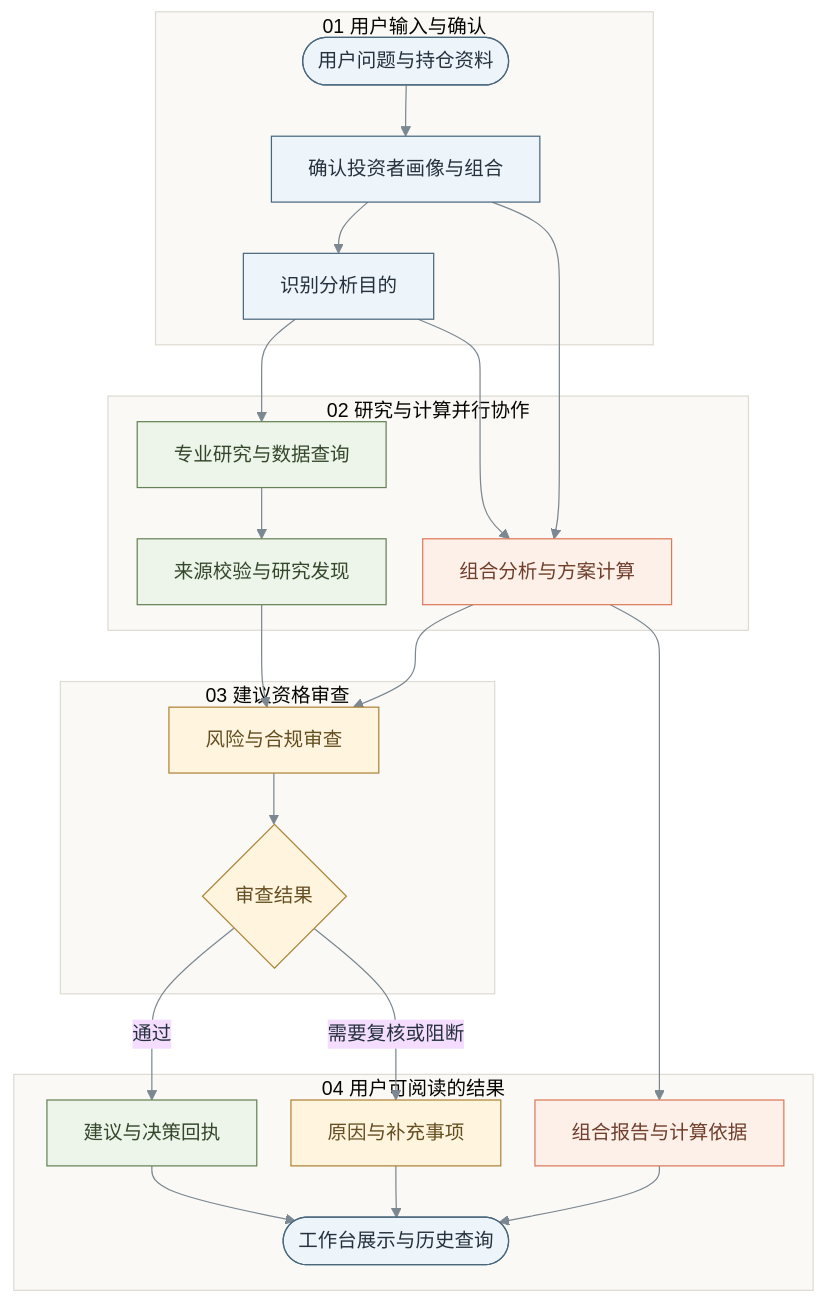
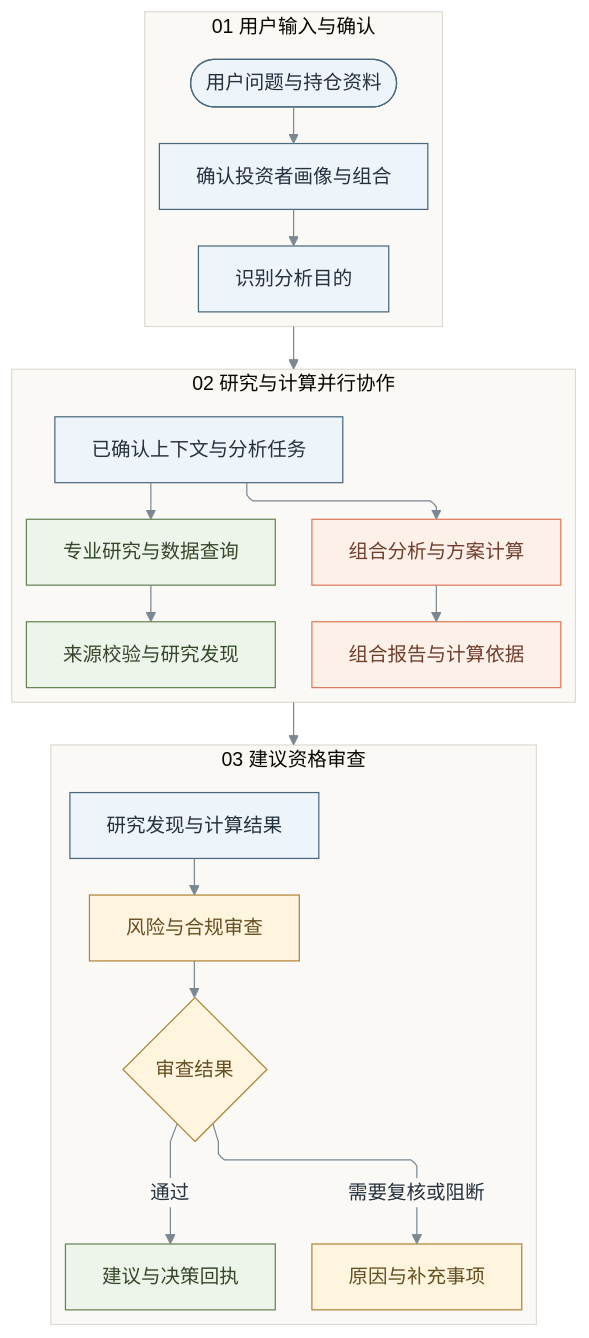
One commit to 1917173927/prism changed the first of 8 diagrams in docs/submission/competition-technical-solution.md. Above: the diagram before and after it, drawn with Mermaid. The commit also changed other lines of this file and 9 other files, not shown here.

Commit message:
docs: 优化技术图的竖向布局与连线

````diff
--- a/docs/submission/competition-technical-solution.md
+++ b/docs/submission/competition-technical-solution.md
@@ -59,35 +64,33 @@
 ```mermaid
-%%{init: {"theme":"base","themeVariables":{"fontFamily":"Microsoft YaHei, sans-serif","primaryTextColor":"#25313d","lineColor":"#7b8791","clusterBkg":"#faf9f6","clusterBorder":"#dedbd2"},"flowchart":{"curve":"basis","nodeSpacing":28,"rankSpacing":42}}}%%
-flowchart TD
+%%{init: {"theme":"base","themeVariables":{"fontFamily":"Microsoft YaHei, sans-serif","primaryTextColor":"#25313d","lineColor":"#7b8791","edgeLabelBackground":"#faf9f6","clusterBkg":"#faf9f6","clusterBorder":"#dedbd2"},"flowchart":{"curve":"linear","nodeSpacing":36,"rankSpacing":48}}}%%
+flowchart-elk TD
     subgraph INPUT[01 用户输入与确认]
+    direction TB
     A([用户问题与持仓资料]) --> B[确认投资者画像与组合]
     B --> C[识别分析目的]
     end
     subgraph ANALYSIS[02 研究与计算并行协作]
-    C --> D[专业研究与数据查询]
-    C --> E[组合分析与方案计算]
+    direction TB
+    M[已确认上下文与分析任务] --> D[专业研究与数据查询]
+    M --> E[组合分析与方案计算]
     D --> F[来源校验与研究发现]
-    B --> E
+    E --> K[组合报告与计算依据]
     end
     subgraph REVIEW[03 建议资格审查]
-    F --> G[风险与合规审查]
-    E --> G
-    G --> H{审查结果}
-    end
-    subgraph OUTPUT[04 用户可阅读的结果]
+    direction TB
+    G[研究发现与计算结果] --> N[风险与合规审查]
+    N --> H{审查结果}
     H -->|通过| I[建议与决策回执]
     H -->|需要复核或阻断| J[原因与补充事项]
-    E --> K[组合报告与计算依据]
-    I --> L([工作台展示与历史查询])
-    J --> L
-    K --> L
     end
+    INPUT --> ANALYSIS
+    ANALYSIS --> REVIEW
     classDef input fill:#edf4fa,stroke:#49677d,color:#25313d
     classDef compute fill:#fcf0e9,stroke:#dc7958,color:#703e2b
     classDef evidence fill:#edf4e9,stroke:#658254,color:#34472b
     classDef review fill:#fff5df,stroke:#ad8437,color:#654e20
-    class A,B,C,L input
+    class A,B,C,M,G input
     class E,K compute
     class D,F,I evidence
-    class G,H,J review
+    class N,H,J review
 ```
````
